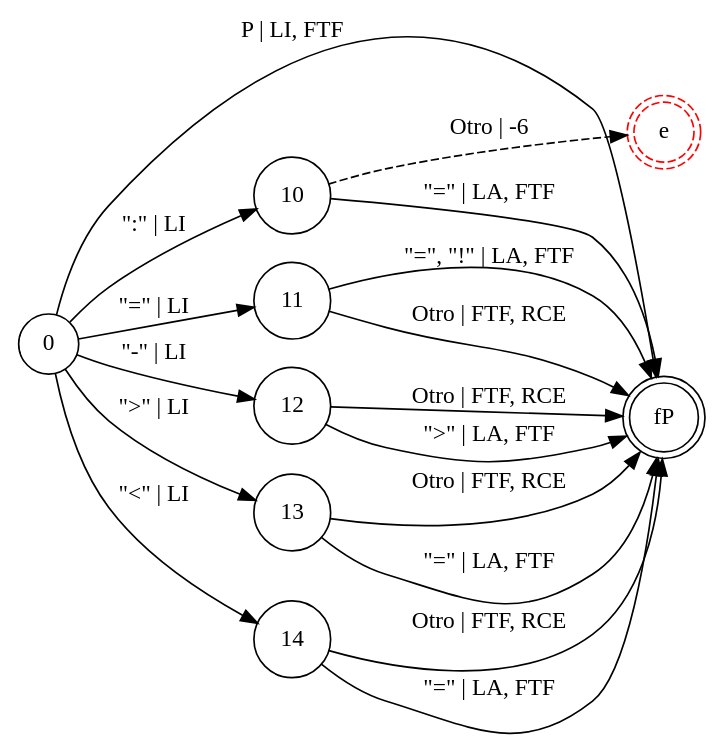
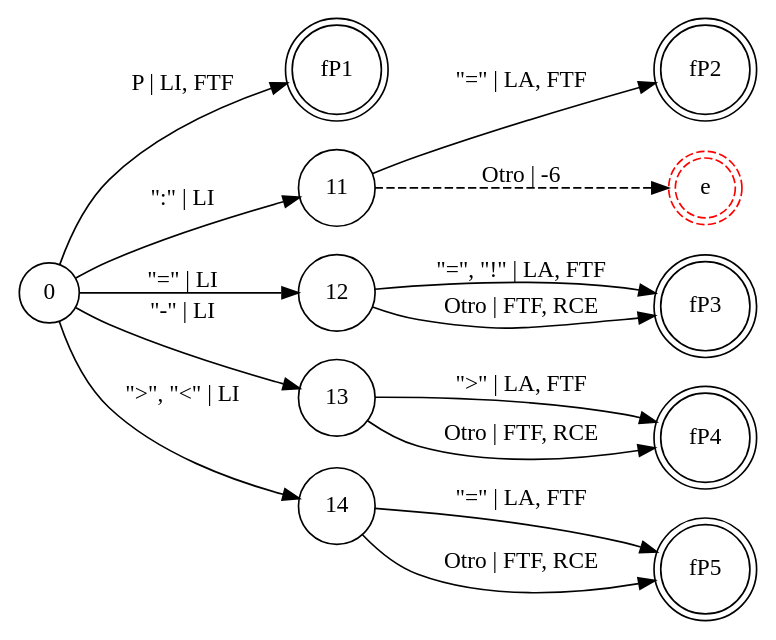
One commit to iroumec/RouVel-Compiler changed the diagram in resources/diagrams/finite-automatoms/individual-units/operators.dot. Above: the diagram before and after it, drawn with Graphviz. The commit also changed 10 other files, not shown here.

```diff
--- a/resources/diagrams/finite-automatoms/individual-units/operators.dot
+++ b/resources/diagrams/finite-automatoms/individual-units/operators.dot
@@ -1,23 +1,24 @@
 digraph DfPA {
     rankdir = LR;
     node [shape = circle;];
-    fP [shape = doublecircle;];
+    fP1 [shape = doublecircle;];
+    fP2 [shape = doublecircle;];
+    fP3 [shape = doublecircle;];
+    fP4 [shape = doublecircle;];
+    fP5 [shape = doublecircle;];
     eP [shape = doublecircle;style = dashed;color = red;label = "e";];
     
-    0 -> 10 [label = "\":\" | LI";];
-    0 -> 11 [label = "\"=\" | LI";];
-    0 -> 12 [label = "\"-\" | LI";];
-    0 -> 13 [label = "\">\" | LI";];
-    0 -> 14 [label = "\"<\" | LI";];
-    0 -> fP [label = "P | LI, FTF";];
-    10 -> fP [label = "\"=\" | LA, FTF";];
-    10 -> eP [label = "Otro | -6"; style = dashed;];
-    11 -> fP [label = "\"=\", \"!\" | LA, FTF";];
-    11 -> fP [label = "Otro | FTF, RCE";];
-    12 -> fP [label = "\">\" | LA, FTF";];
-    12 -> fP [label = "Otro | FTF, RCE";];
-    13 -> fP [label = "\"=\" | LA, FTF";];
-    13 -> fP [label = "Otro | FTF, RCE";];
-    14 -> fP [label = "\"=\" | LA, FTF";];
-    14 -> fP [label = "Otro | FTF, RCE";];
+    0 -> 11 [label = "\":\" | LI";];
+    0 -> 12 [label = "\"=\" | LI";];
+    0 -> 13 [label = "\"-\" | LI";];
+    0 -> 14 [label = "\">\", \"<\" | LI";];
+    0 -> fP1 [label = "P | LI, FTF";];
+    11 -> fP2 [label = "\"=\" | LA, FTF";];
+    11 -> eP [label = "Otro | -6"; style = dashed;];
+    12 -> fP3 [label = "\"=\", \"!\" | LA, FTF";];
+    12 -> fP3 [label = "Otro | FTF, RCE";];
+    13 -> fP4 [label = "\">\" | LA, FTF";];
+    13 -> fP4 [label = "Otro | FTF, RCE";];
+    14 -> fP5 [label = "\"=\" | LA, FTF";];
+    14 -> fP5 [label = "Otro | FTF, RCE";];
 }
```
